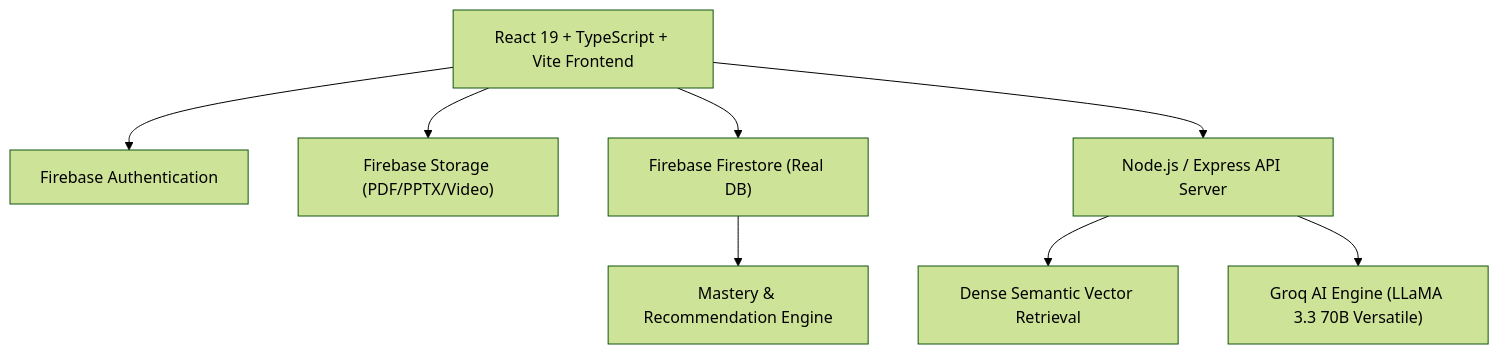
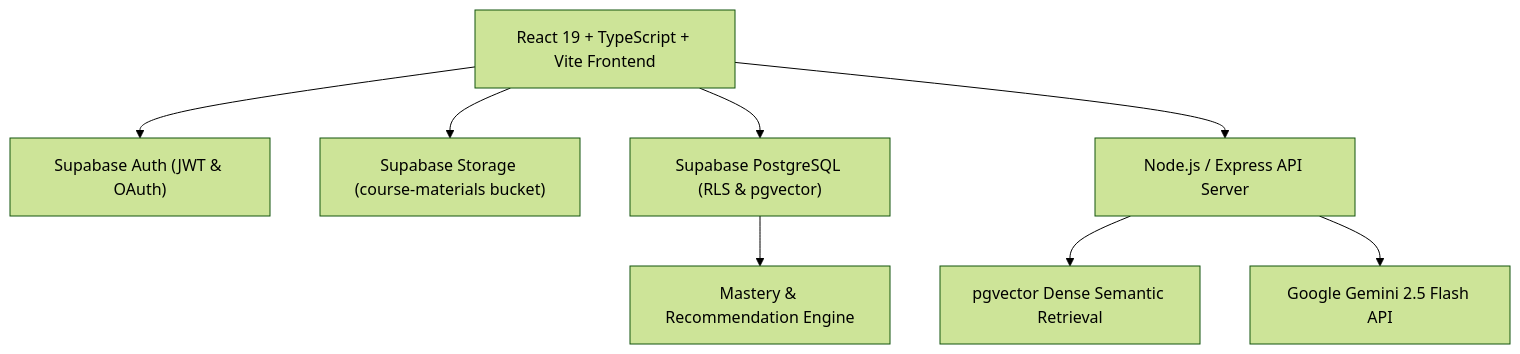
The diagram in README.md (sabeeshvar/MENTORA-AI), drawn with Mermaid (forest theme) before and after one commit. The commit also changed other lines of this file and 61 other files, not shown here.

````diff
--- a/README.md
+++ b/README.md
@@ -31,10 +34,10 @@
 ```mermaid
 graph TD
-    Client["React 19 + TypeScript + Vite Frontend"] --> Auth["Firebase Authentication"]
-    Client --> Storage["Firebase Storage (PDF/PPTX/Video)"]
-    Client --> Firestore["Firebase Firestore (Real DB)"]
+    Client["React 19 + TypeScript + Vite Frontend"] --> SupaAuth["Supabase Auth (JWT & OAuth)"]
+    Client --> SupaStorage["Supabase Storage (course-materials bucket)"]
+    Client --> SupaDB["Supabase PostgreSQL (RLS & pgvector)"]
     Client --> Backend["Node.js / Express API Server"]
-    Backend --> Retrieval["Dense Semantic Vector Retrieval"]
-    Backend --> GroqAI["Groq AI Engine (LLaMA 3.3 70B Versatile)"]
-    Firestore --> Mastery["Mastery & Recommendation Engine"]
+    Backend --> Retrieval["pgvector Dense Semantic Retrieval"]
+    Backend --> GeminiAI["Google Gemini 2.5 Flash API"]
+    SupaDB --> Mastery["Mastery & Recommendation Engine"]
 ```
````
